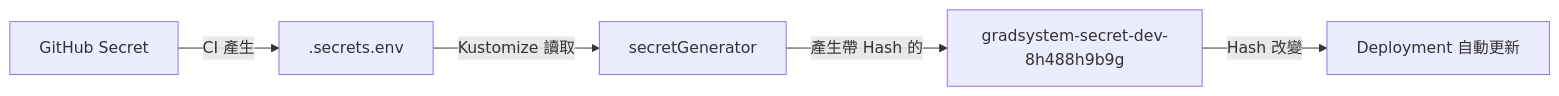
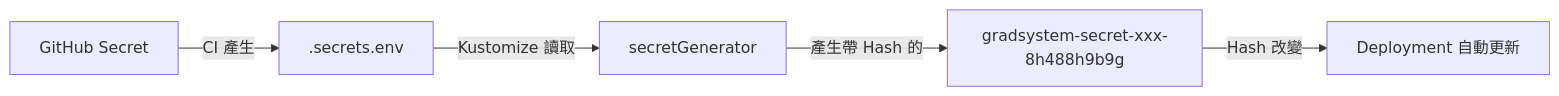
The diagram in k8s/main-service/DEPLOY_EXAMPLES.md (chunchiehdev/grading), drawn with Mermaid before and after one commit. The commit also changed other lines of this file, not shown here.

````diff
--- a/k8s/main-service/DEPLOY_EXAMPLES.md
+++ b/k8s/main-service/DEPLOY_EXAMPLES.md
@@ -177,7 +5,7 @@
 ```mermaid
 graph LR
     A[GitHub Secret] -->|CI 產生| B[.secrets.env]
     B -->|Kustomize 讀取| C[secretGenerator]
-    C -->|產生帶 Hash 的| D[gradsystem-secret-dev-8h488h9b9g]
+    C -->|產生帶 Hash 的| D[gradsystem-secret-xxx-8h488h9b9g]
     D -->|Hash 改變| E[Deployment 自動更新]
 ```
````
